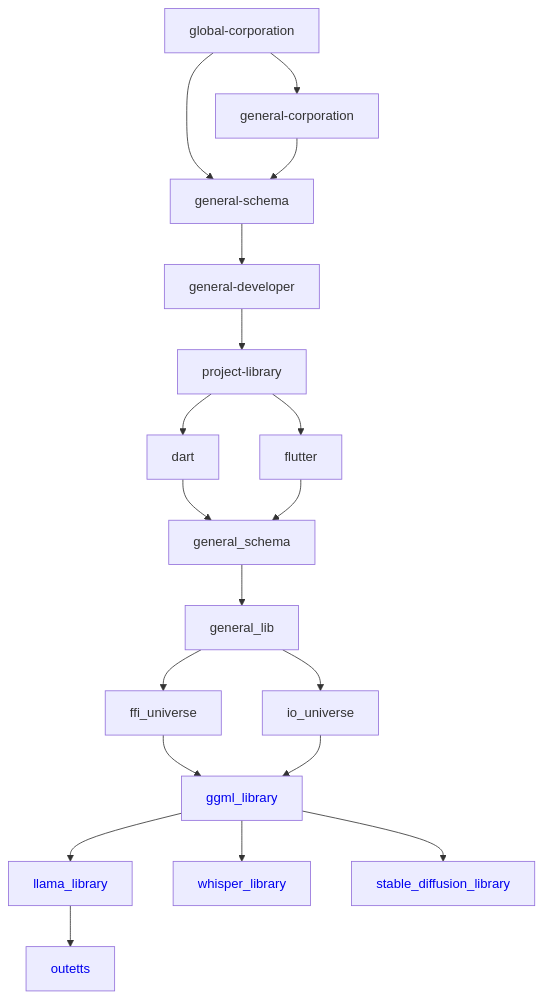
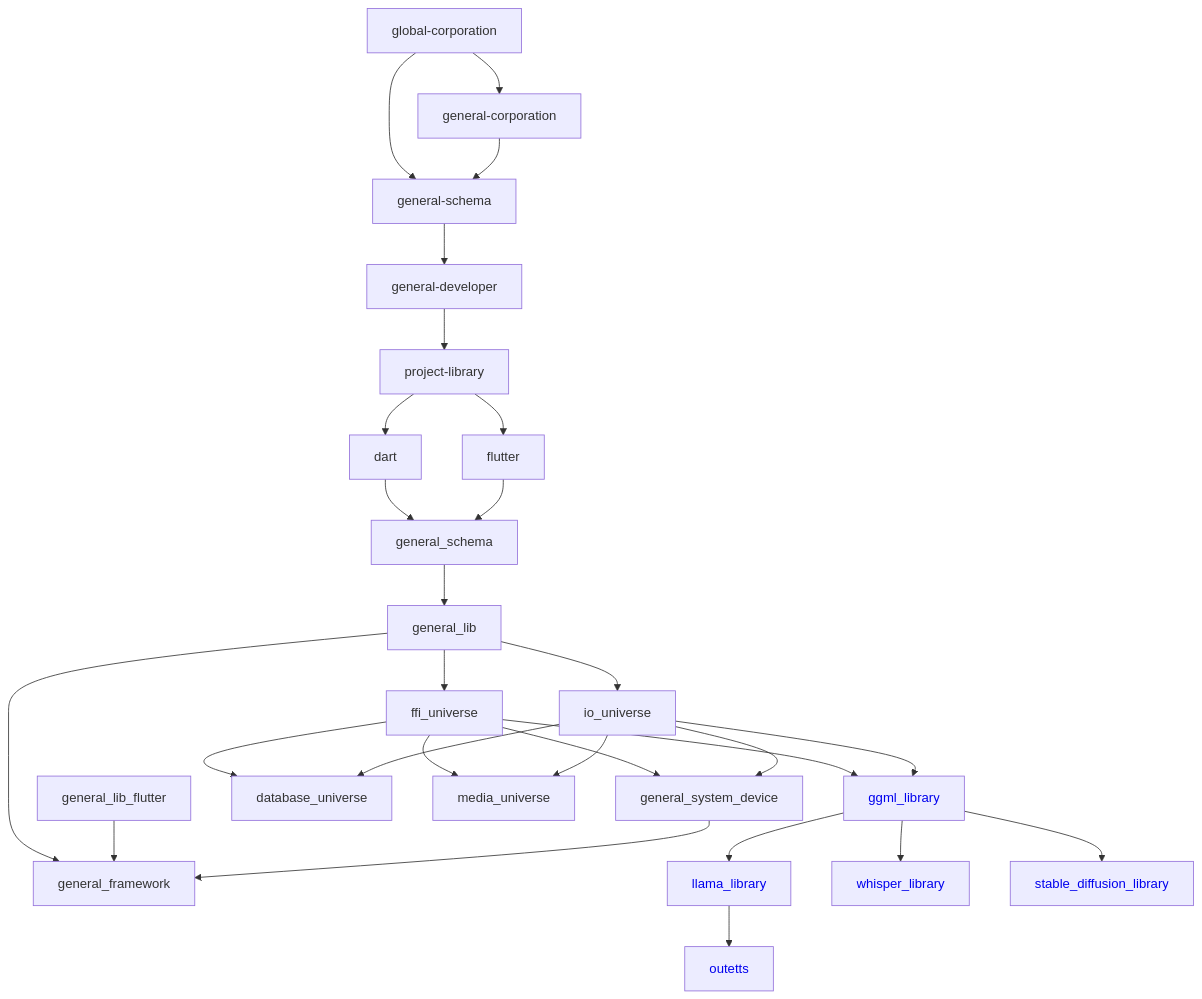
Before and after one commit to General-Developer/.github: the diagram in profile/README.md, drawn with Mermaid.

````diff
--- a/profile/README.md
+++ b/profile/README.md
@@ -4,34 +4,51 @@
 ```mermaid
 graph TD;
 global-corporation --> general-schema
 global-corporation --> general-corporation --> general-schema
 general-schema --> general-developer 
 general-developer --> project-library
 project-library --> dart
 project-library --> flutter
 dart --> general_schema
 flutter --> general_schema
 general_schema --> general_lib 
 general_lib --> ffi_universe
 general_lib --> io_universe
+general_lib --> general_framework
+general_lib_flutter --> general_framework
+general_system_device --> general_framework
+
+ffi_universe --> database_universe
+io_universe --> database_universe
+
+ffi_universe --> media_universe
+io_universe --> media_universe
+
+ffi_universe --> general_system_device
+io_universe --> general_system_device
+
+
 ffi_universe --> ggml_library
 io_universe --> ggml_library
 
 
 ggml_library --> llama_library
 ggml_library --> whisper_library
 ggml_library --> stable_diffusion_library
+
 llama_library --> outetts
+
+
 
 ggml_library[<a href="https://github.com/General-Developer/ggml_library" style="text-decoration:none;">ggml_library</a>];
 
 llama_library[<a href="https://github.com/General-Developer/llama_library" style="text-decoration:none;">llama_library</a>];
 
 outetts[<a href="https://github.com/General-Developer/outetts" style="text-decoration:none;">outetts</a>];
 
 whisper_library[<a href="https://github.com/General-Developer/whisper_library" style="text-decoration:none;">whisper_library</a>];
 
 stable_diffusion_library[<a href="https://github.com/General-Developer/stable_diffusion_library" style="text-decoration:none;">stable_diffusion_library</a>];
 
 
 ```
````
